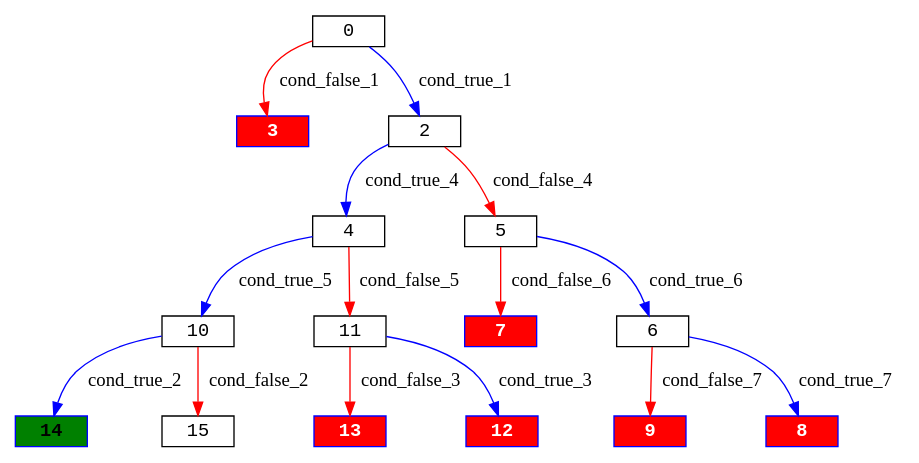
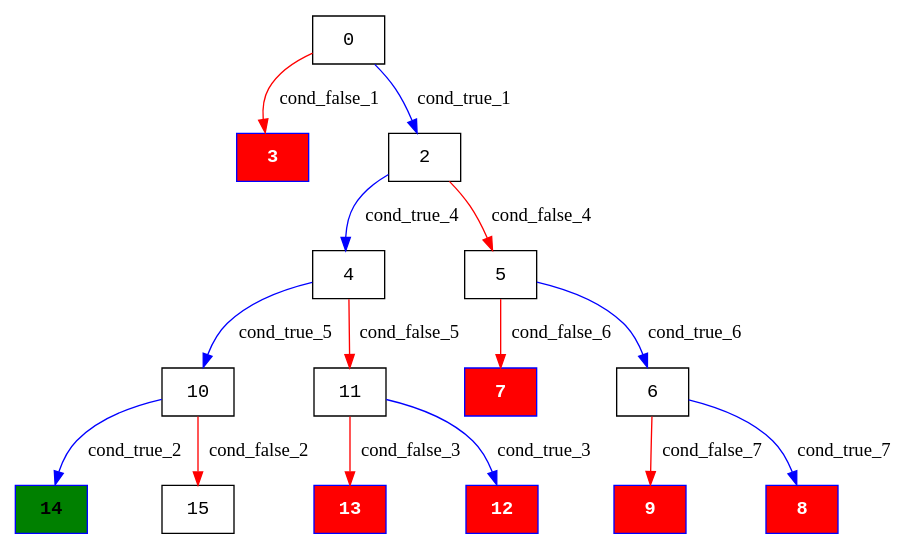
One commit to Research-Tools-PAVT/PSE-Program-Examples changed the diagram in klee_results/reservoir_sample_processed/reservoir_sample_execution_tree.dot. Above: the diagram before and after it, drawn with Graphviz. The commit also changed 69 other files, not shown here.

```diff
--- a/klee_results/reservoir_sample_processed/reservoir_sample_execution_tree.dot
+++ b/klee_results/reservoir_sample_processed/reservoir_sample_execution_tree.dot
@@ -1,24 +1,24 @@
 digraph ExecutionTree {
-	node [color=black fontname=Courier height=.1 shape=record]
+	node [color=black fontname=Courier height=.5 shape=record]
 	14 [color=blue, fillcolor=green, style=filled, fontcolor=black, fontname="Courier-Bold"]
 	13 [color=blue, fillcolor=red, style=filled, fontcolor=white, fontname="Courier-Bold"]
 	12 [color=blue, fillcolor=red, style=filled, fontcolor=white, fontname="Courier-Bold"]
 	9 [color=blue, fillcolor=red, style=filled, fontcolor=white, fontname="Courier-Bold"]
 	7 [color=blue, fillcolor=red, style=filled, fontcolor=white, fontname="Courier-Bold"]
 	8 [color=blue, fillcolor=red, style=filled, fontcolor=white, fontname="Courier-Bold"]
 	3 [color=blue, fillcolor=red, style=filled, fontcolor=white, fontname="Courier-Bold"]
 	0 -> 2 [label=cond_true_1 color=blue]
 	0 -> 3 [label=cond_false_1 color=red]
 	2 -> 4 [label=cond_true_4 color=blue]
 	2 -> 5 [label=cond_false_4 color=red]
 	10 -> 14 [label=cond_true_2 color=blue]
 	10 -> 15 [label=cond_false_2 color=red]
 	11 -> 12 [label=cond_true_3 color=blue]
 	11 -> 13 [label=cond_false_3 color=red]
 	4 -> 10 [label=cond_true_5 color=blue]
 	4 -> 11 [label=cond_false_5 color=red]
 	5 -> 6 [label=cond_true_6 color=blue]
 	5 -> 7 [label=cond_false_6 color=red]
 	6 -> 8 [label=cond_true_7 color=blue]
 	6 -> 9 [label=cond_false_7 color=red]
 }
```
